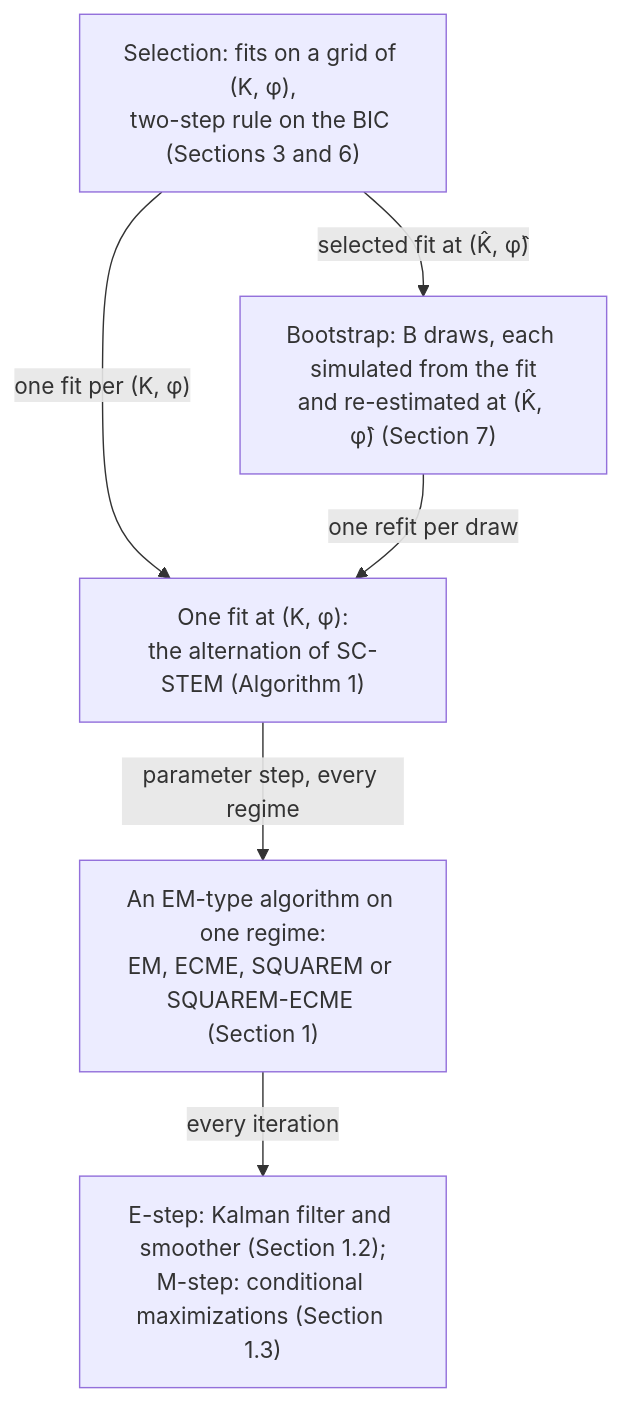
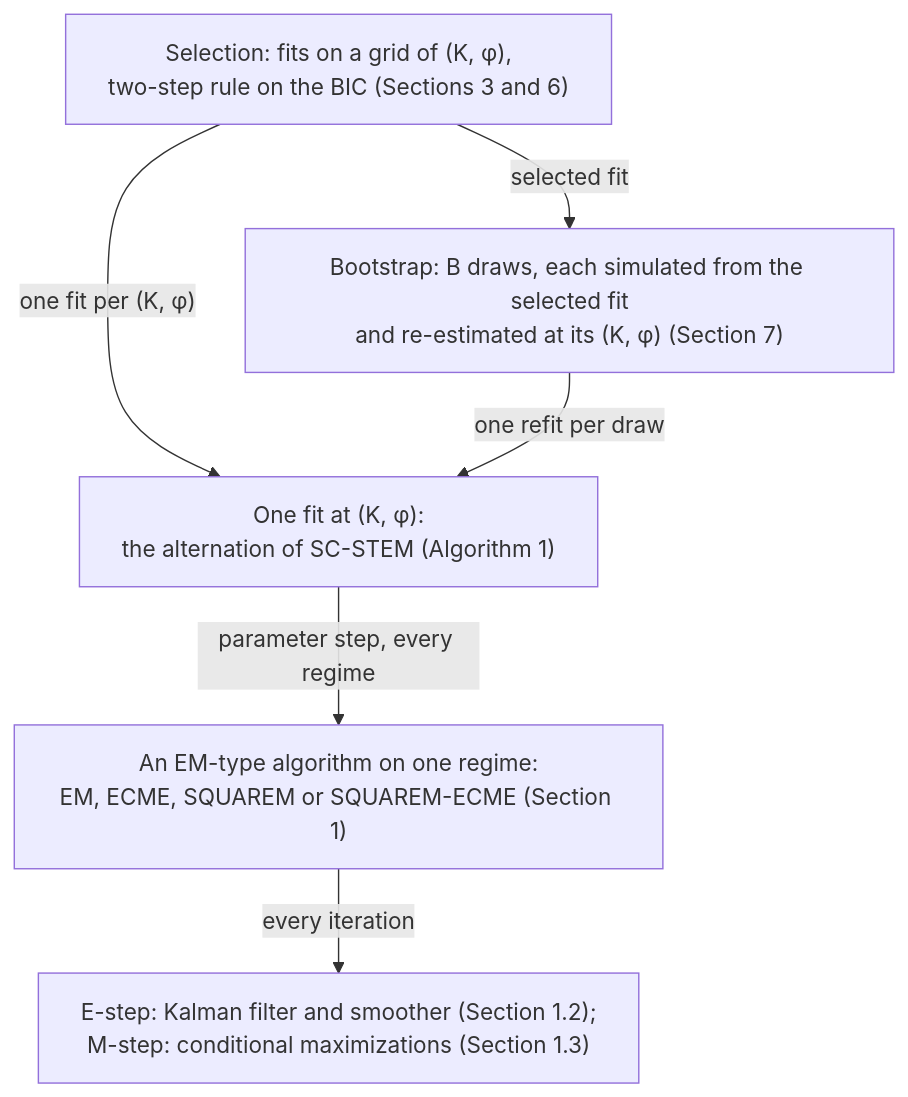
The first of 6 diagrams in docs/computational-aspects.md (PaoloMaranzano/Stem), drawn with Mermaid before and after one commit. The commit also changed other lines of this file and 4 other files, not shown here.

````diff
--- a/docs/computational-aspects.md
+++ b/docs/computational-aspects.md
@@ -54,8 +54,9 @@
 ```mermaid
+%%{init: {"flowchart": {"wrappingWidth": 400}}}%%
 flowchart TD
     SEL["Selection: fits on a grid of (K, φ),<br/>two-step rule on the BIC (Sections 3 and 6)"] -->|"one fit per (K, φ)"| FIT["One fit at (K, φ):<br/>the alternation of SC-STEM (Algorithm 1)"]
-    SEL -->|"selected fit at (K̂, φ̂)"| BOOT["Bootstrap: B draws, each simulated from the fit<br/>and re-estimated at (K̂, φ̂) (Section 7)"]
+    SEL -->|"selected fit"| BOOT["Bootstrap: B draws, each simulated from the selected fit<br/>and re-estimated at its (K, φ) (Section 7)"]
     BOOT -->|"one refit per draw"| FIT
     FIT -->|"parameter step, every regime"| REG["An EM-type algorithm on one regime:<br/>EM, ECME, SQUAREM or SQUAREM-ECME (Section 1)"]
     REG -->|"every iteration"| KF["E-step: Kalman filter and smoother (Section 1.2);<br/>M-step: conditional maximizations (Section 1.3)"]
 ```
````
